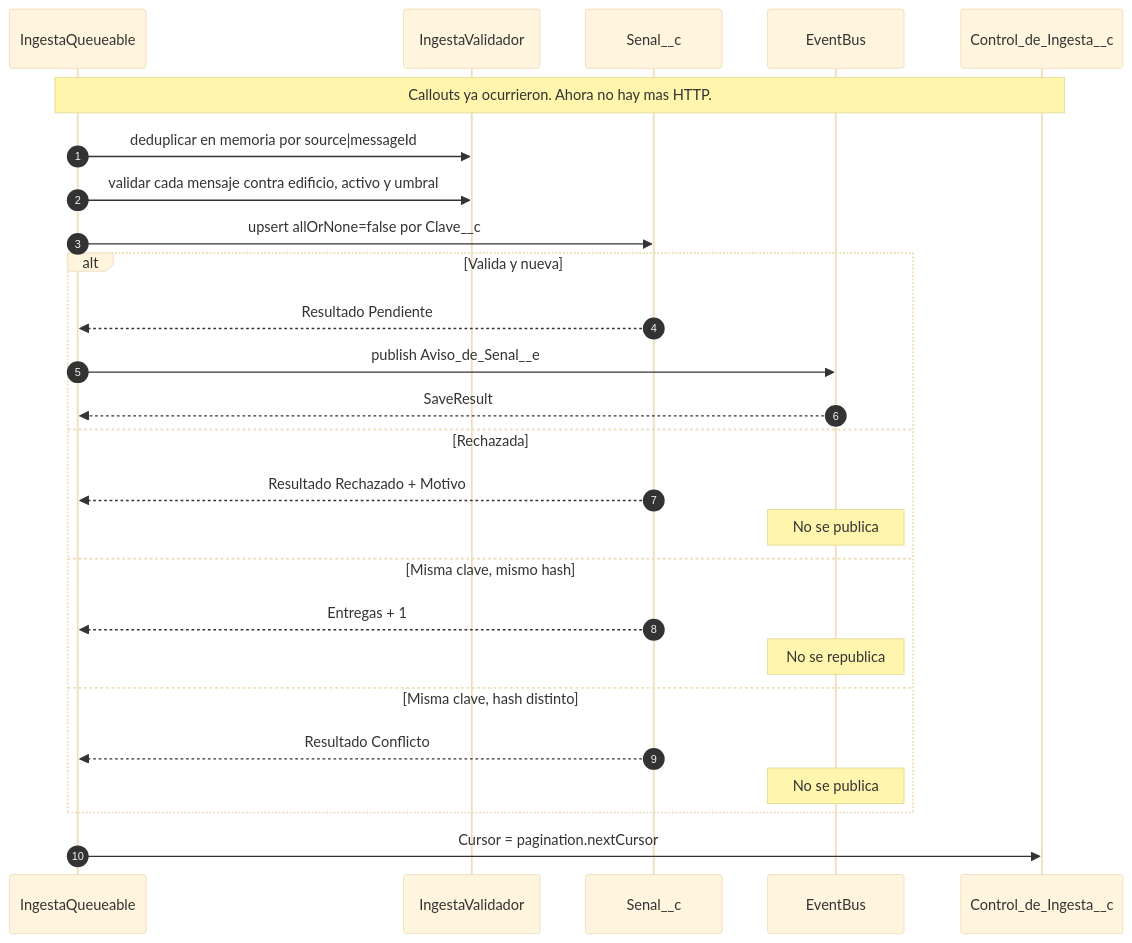
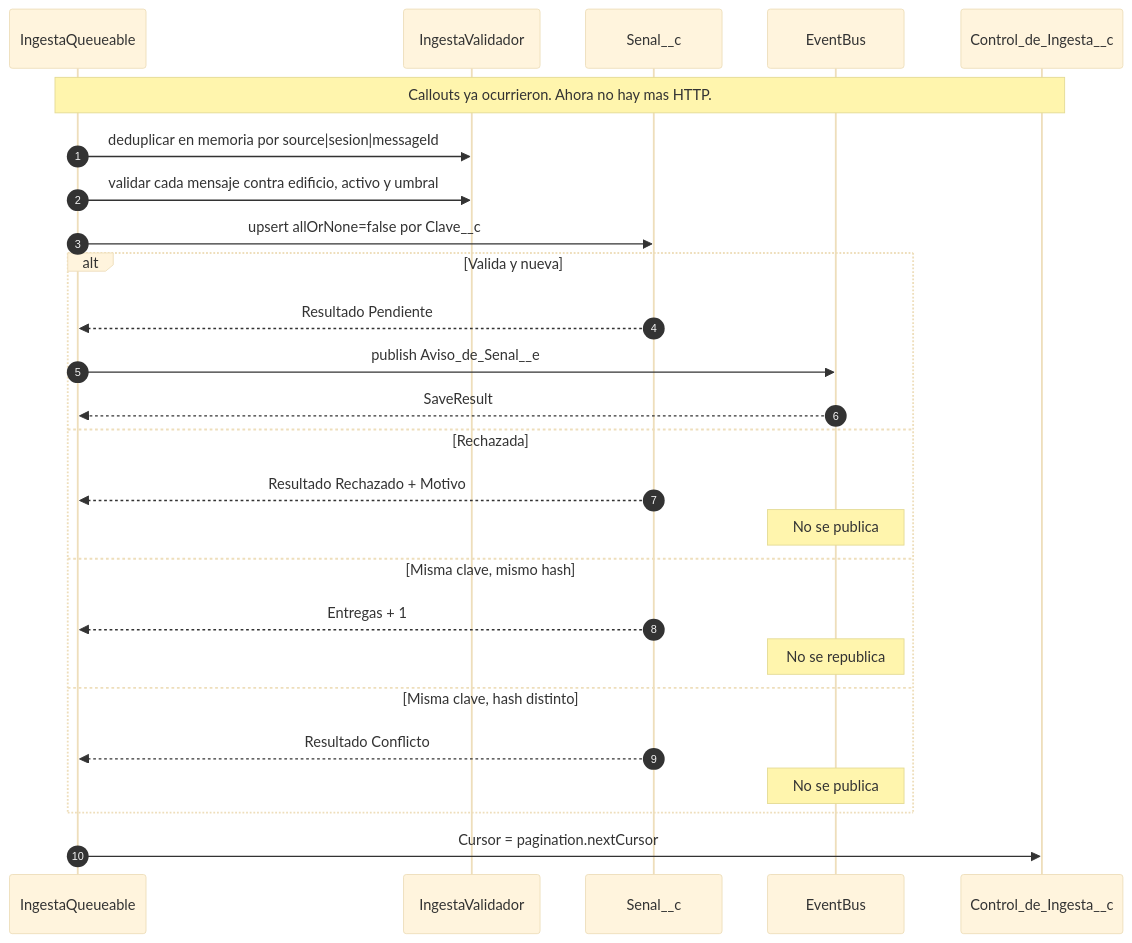
Before and after one commit to joanSFDC/nova-casa-monitoreo-activos: the second of 4 diagrams in docs/02-ingesta.md, drawn with Mermaid (base theme). The commit also changed other lines of this file and 8 other files, not shown here.

````diff
--- a/docs/02-ingesta.md
+++ b/docs/02-ingesta.md
@@ -439,30 +440,30 @@
 ```mermaid
 sequenceDiagram
     autonumber
     participant Q as IngestaQueueable
     participant Val as IngestaValidador
     participant DB as Senal__c
     participant Bus as EventBus
     participant Ctl as Control_de_Ingesta__c
 
     Note over Q,Ctl: Callouts ya ocurrieron. Ahora no hay mas HTTP.
 
-    Q->>Val: deduplicar en memoria por source|messageId
+    Q->>Val: deduplicar en memoria por source|sesion|messageId
     Q->>Val: validar cada mensaje contra edificio, activo y umbral
     Q->>DB: upsert allOrNone=false por Clave__c
     alt Valida y nueva
         DB-->>Q: Resultado Pendiente
         Q->>Bus: publish Aviso_de_Senal__e
         Bus-->>Q: SaveResult
     else Rechazada
         DB-->>Q: Resultado Rechazado + Motivo
         Note over Bus: No se publica
     else Misma clave, mismo hash
         DB-->>Q: Entregas + 1
         Note over Bus: No se republica
     else Misma clave, hash distinto
         DB-->>Q: Resultado Conflicto
         Note over Bus: No se publica
     end
     Q->>Ctl: Cursor = pagination.nextCursor
 ```
````
